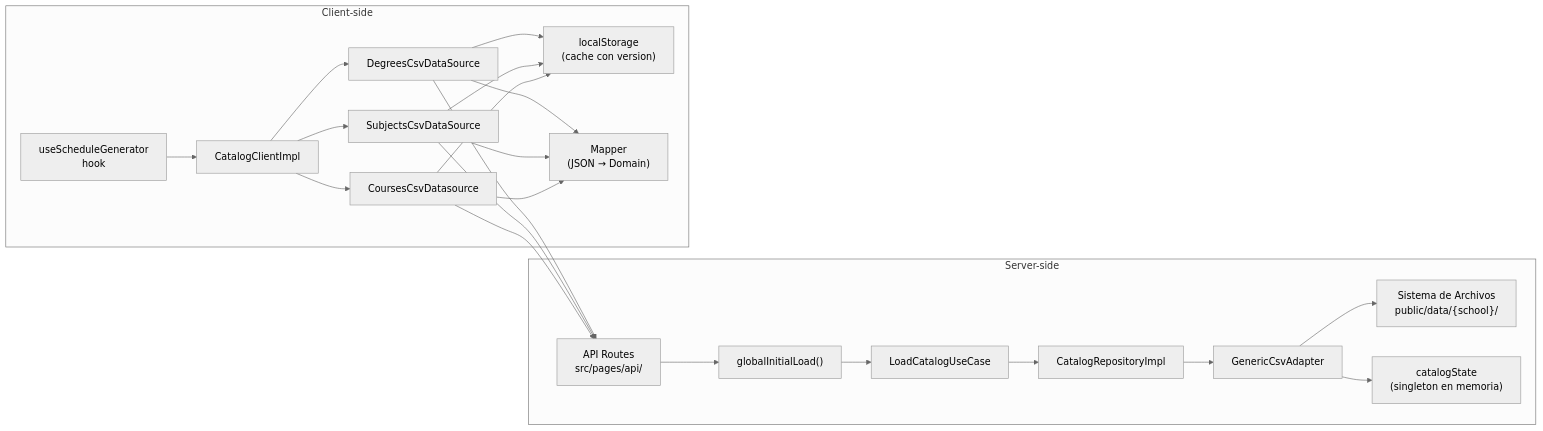
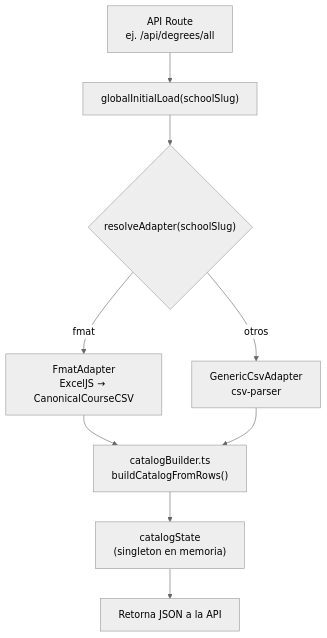
Before and after one commit to KiinMx/Kiin: the ninth of 22 diagrams in docs/architecture.md, drawn with Mermaid (neutral theme). The commit also changed other lines of this file and 9 other files, not shown here.

First line of the commit message:
feat: Refactor initial load process and introduce FmatAdapter for Excel data handling

````diff
--- a/docs/architecture.md
+++ b/docs/architecture.md
@@ -330,27 +398,11 @@
 ```mermaid
-graph LR
-    subgraph Server["Server-side"]
-        API["API Routes<br/>src/pages/api/"] --> GIL["globalInitialLoad()"]
-        GIL --> LCU["LoadCatalogUseCase"]
-        LCU --> CRI["CatalogRepositoryImpl"]
-        CRI --> GCA["GenericCsvAdapter"]
-        GCA --> FS["Sistema de Archivos<br/>public/data/{school}/"]
-        GCA --> CS["catalogState<br/>(singleton en memoria)"]
-    end
-
-    subgraph Client["Client-side"]
-        USG["useScheduleGenerator<br/>hook"] --> CCI["CatalogClientImpl"]
-        CCI --> DegDS["DegreesCsvDataSource"]
-        CCI --> SubDS["SubjectsCsvDataSource"]
-        CCI --> CouDS["CoursesCsvDatasource"]
-        DegDS --> API
-        SubDS --> API
-        CouDS --> API
-        DegDS --> LS["localStorage<br/>(cache con version)"]
-        SubDS --> LS
-        CouDS --> LS
-        DegDS --> Mapper["Mapper<br/>(JSON → Domain)"]
-        SubDS --> Mapper
-        CouDS --> Mapper
-    end
+flowchart TD
+    API["API Route<br/>ej. /api/degrees/all"] --> GIL["globalInitialLoad(schoolSlug)"]
+    GIL --> Factory{"resolveAdapter(schoolSlug)"}
+    Factory -->|"fmat"| Fmat["FmatAdapter<br/>ExcelJS → CanonicalCourseCSV"]
+    Factory -->|"otros"| Generic["GenericCsvAdapter<br/>csv-parser"]
+    Fmat --> CB["catalogBuilder.ts<br/>buildCatalogFromRows()"]
+    Generic --> CB
+    CB --> State["catalogState<br/>(singleton en memoria)"]
+    State --> API2["Retorna JSON a la API"]
 ```
````
